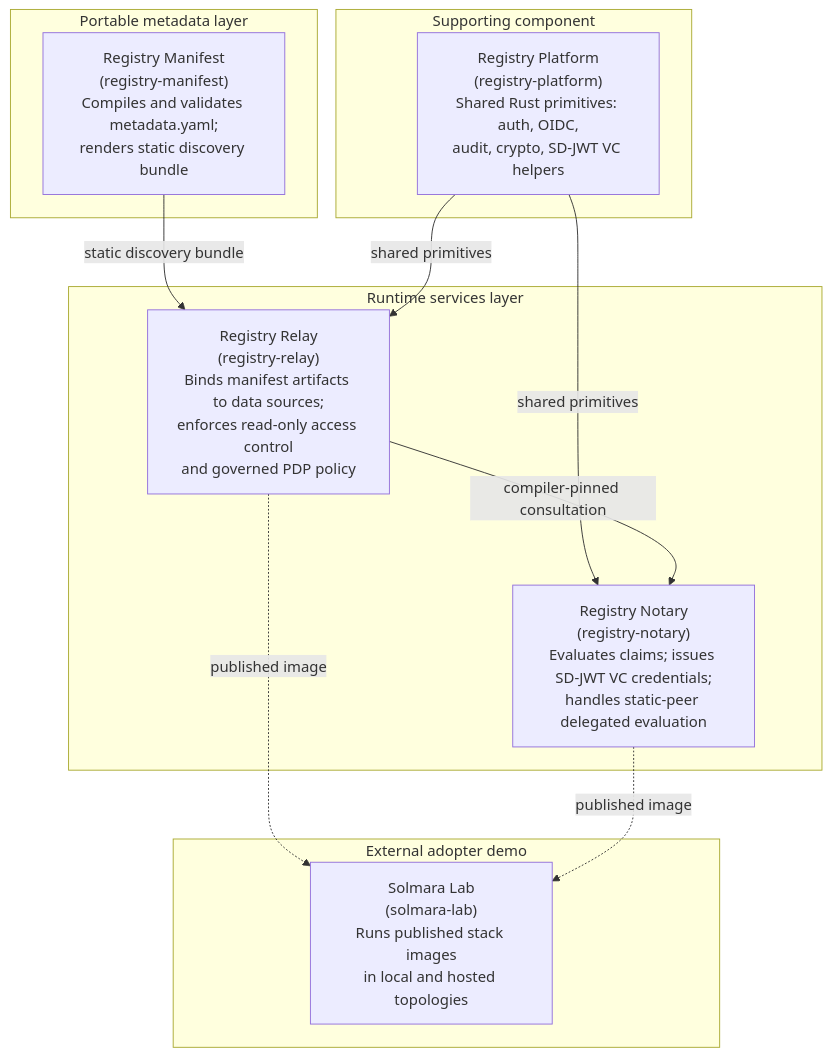
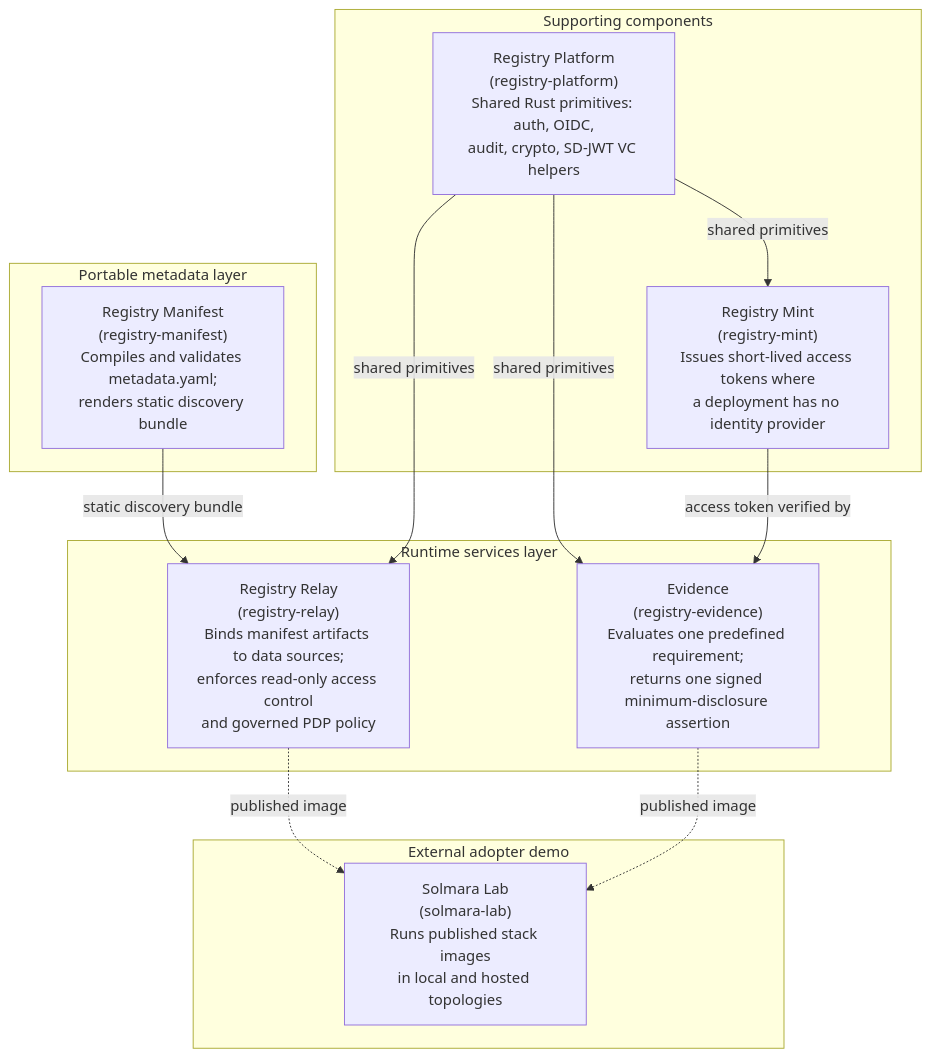
Before and after one commit to registrystack/registry-stack: the diagram in docs/site/src/content/docs/spec/rs-arc-g.mdx, drawn with Mermaid. The commit also changed other lines of this file and 32 other files, not shown here.

First line of the commit message:
docs(evidence): rewrite the heavy pages around Relay, Evidence, and Mint

````diff
--- a/docs/site/src/content/docs/spec/rs-arc-g.mdx
+++ b/docs/site/src/content/docs/spec/rs-arc-g.mdx
@@ -88,26 +89,28 @@
 ```mermaid
 flowchart TD
     subgraph portable["Portable metadata layer"]
         manifest["Registry Manifest<br/>(registry-manifest)<br/>Compiles and validates metadata.yaml;<br/>renders static discovery bundle"]
     end
 
     subgraph runtime["Runtime services layer"]
         relay["Registry Relay<br/>(registry-relay)<br/>Binds manifest artifacts to data sources;<br/>enforces read-only access control<br/>and governed PDP policy"]
-        notary["Registry Notary<br/>(registry-notary)<br/>Evaluates claims; issues SD-JWT VC credentials;<br/>handles static-peer delegated evaluation"]
+        evidence["Evidence<br/>(registry-evidence)<br/>Evaluates one predefined requirement;<br/>returns one signed minimum-disclosure assertion"]
     end
 
-    subgraph support["Supporting component"]
+    subgraph support["Supporting components"]
         platform["Registry Platform<br/>(registry-platform)<br/>Shared Rust primitives: auth, OIDC,<br/>audit, crypto, SD-JWT VC helpers"]
+        mint["Registry Mint<br/>(registry-mint)<br/>Issues short-lived access tokens where<br/>a deployment has no identity provider"]
     end
 
     subgraph adopter["External adopter demo"]
         solmara["Solmara Lab<br/>(solmara-lab)<br/>Runs published stack images<br/>in local and hosted topologies"]
     end
 
     manifest -- "static discovery bundle" --> relay
     platform -- "shared primitives" --> relay
-    platform -- "shared primitives" --> notary
-    relay -- "compiler-pinned consultation" --> notary
+    platform -- "shared primitives" --> evidence
+    platform -- "shared primitives" --> mint
+    mint -- "access token verified by" --> evidence
     relay -. "published image" .-> solmara
-    notary -. "published image" .-> solmara
+    evidence -. "published image" .-> solmara
 ```
````
